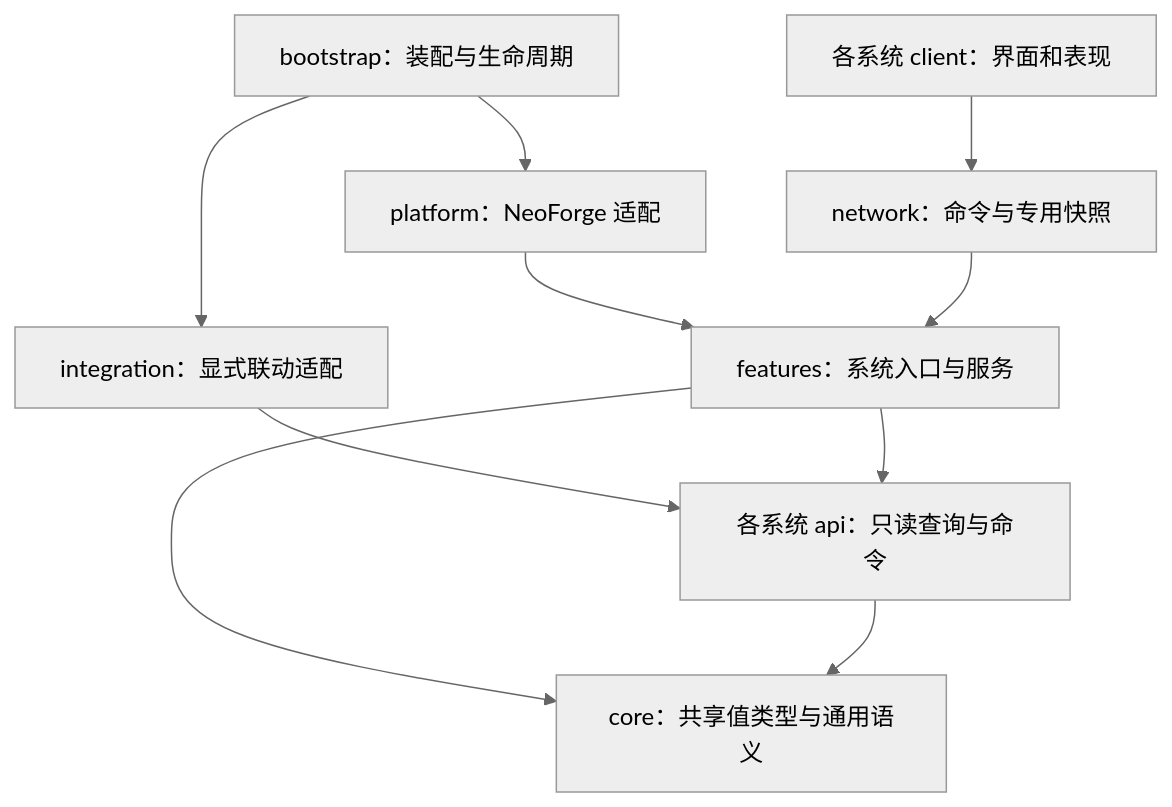
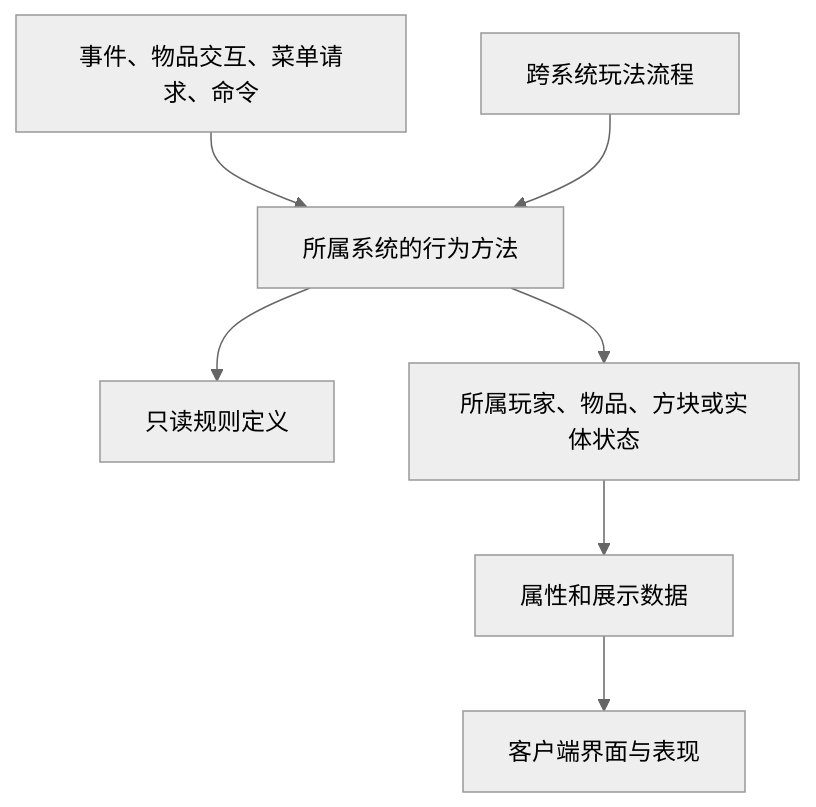
Before and after one commit to Shane77ly/yvanchuxiuzhen-1.21.1: the diagram in docs/development/architecture.md, drawn with Mermaid (neutral theme). The commit also changed other lines of this file and 125 other files, not shown here.

First line of the commit message:
build: add NeoForge 1.21.1 dev environment and porting skill

````diff
--- a/docs/development/architecture.md
+++ b/docs/development/architecture.md
@@ -20,12 +66,9 @@
 ```mermaid
 flowchart TB
-    Boot[bootstrap：装配与生命周期] --> Platform[platform：NeoForge 适配]
-    Boot --> Links[integration：显式联动适配]
-    Platform --> Features[features：系统入口与服务]
-    Links --> APIs[各系统 api：只读查询与命令]
-    Features --> APIs
-    Features --> Core[core：共享值类型与通用语义]
-    APIs --> Core
-    Clients[各系统 client：界面和表现] --> Views[network：命令与专用快照]
-    Views --> Features
+    Entry[事件、物品交互、菜单请求、命令] --> Owner[所属系统的行为方法]
+    Flow[跨系统玩法流程] --> Owner
+    Owner --> Definition[只读规则定义]
+    Owner --> State[所属玩家、物品、方块或实体状态]
+    State --> Derived[属性和展示数据]
+    Derived --> Client[客户端界面与表现]
 ```
````
